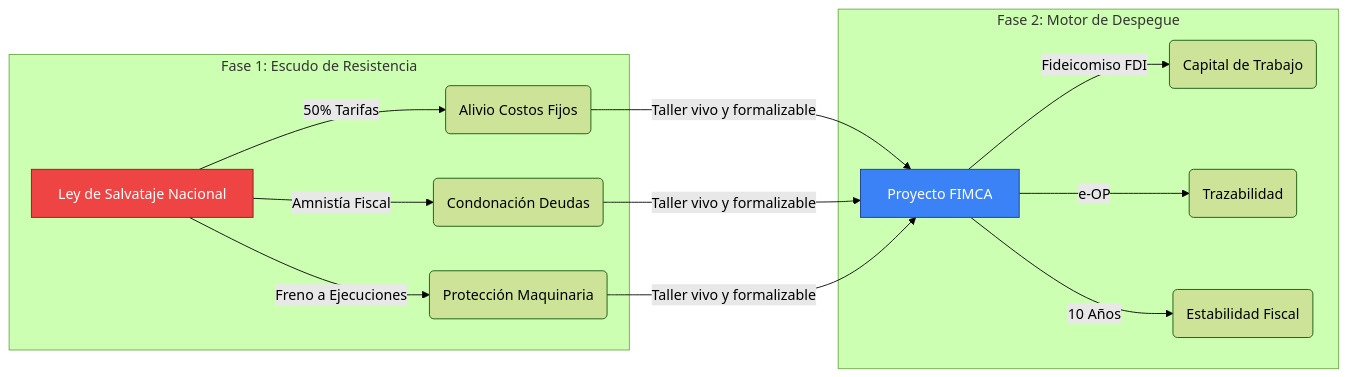
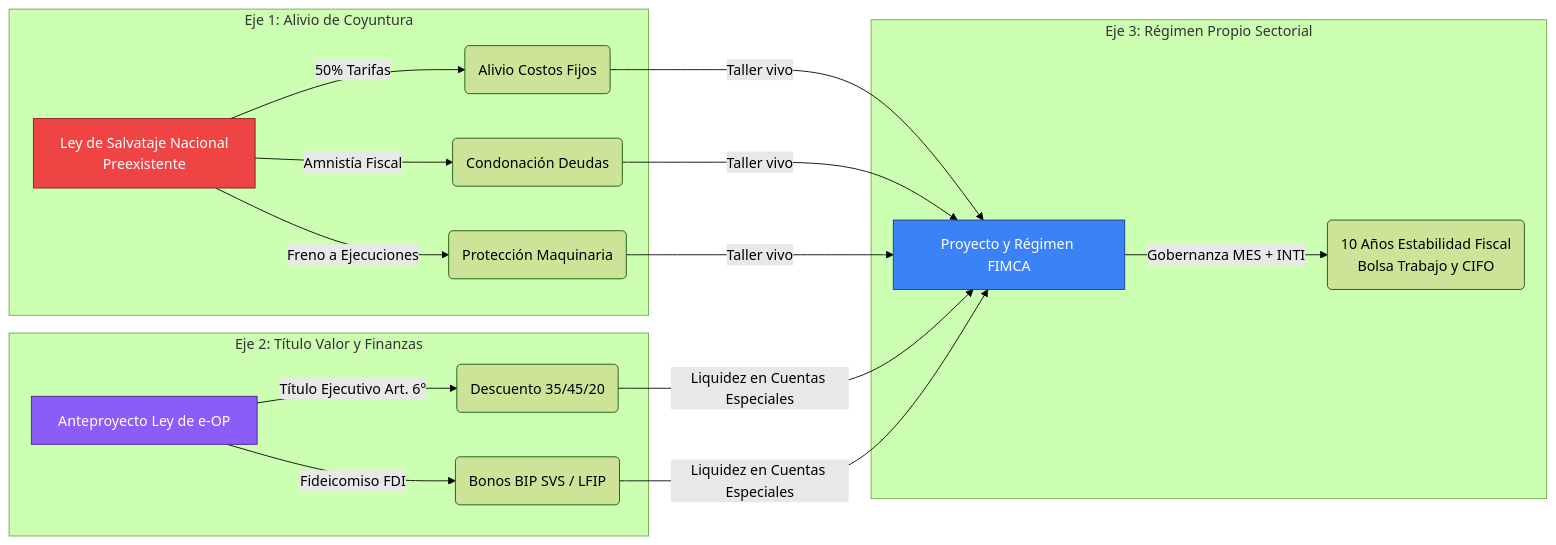
The first of 2 diagrams in docs/md/dossier_fimca_base.md (sarthouse/indinopy), drawn with Mermaid (forest theme) before and after one commit. The commit also changed other lines of this file and 24 other files, not shown here.

````diff
--- a/docs/md/dossier_fimca_base.md
+++ b/docs/md/dossier_fimca_base.md
@@ -24,20 +24,26 @@
 ```mermaid
 flowchart LR
-    subgraph Fase 1: Escudo de Resistencia
-        A[Ley de Salvataje Nacional]
+    subgraph Eje 1: Alivio de Coyuntura
+        A[Ley de Salvataje Nacional<br/>Preexistente]
         A -->|50% Tarifas| B(Alivio Costos Fijos)
         A -->|Amnistía Fiscal| C(Condonación Deudas)
         A -->|Freno a Ejecuciones| D(Protección Maquinaria)
     end
     
-    subgraph Fase 2: Motor de Despegue
-        E[Proyecto FIMCA]
-        B & C & D -->|Taller vivo y formalizable| E
-        E -->|Fideicomiso FDI| F(Capital de Trabajo)
-        E -->|e-OP| G(Trazabilidad)
-        E -->|10 Años| H(Estabilidad Fiscal)
+    subgraph Eje 2: Título Valor y Finanzas
+        EOP[Anteproyecto Ley de e-OP]
+        EOP -->|Título Ejecutivo Art. 6°| F(Descuento 35/45/20)
+        EOP -->|Fideicomiso FDI| G(Bonos BIP SVS / LFIP)
+    end
+
+    subgraph Eje 3: Régimen Propio Sectorial
+        E[Proyecto y Régimen FIMCA]
+        B & C & D -->|Taller vivo| E
+        F & G -->|Liquidez en Cuentas Especiales| E
+        E -->|Gobernanza MES + INTI| H(10 Años Estabilidad Fiscal<br/>Bolsa Trabajo y CIFO)
     end
     
     style A fill:#ef4444,stroke:#7f1d1d,color:#fff
+    style EOP fill:#8b5cf6,stroke:#4c1d95,color:#fff
     style E fill:#3b82f6,stroke:#1e3a8a,color:#fff
 ```
````
